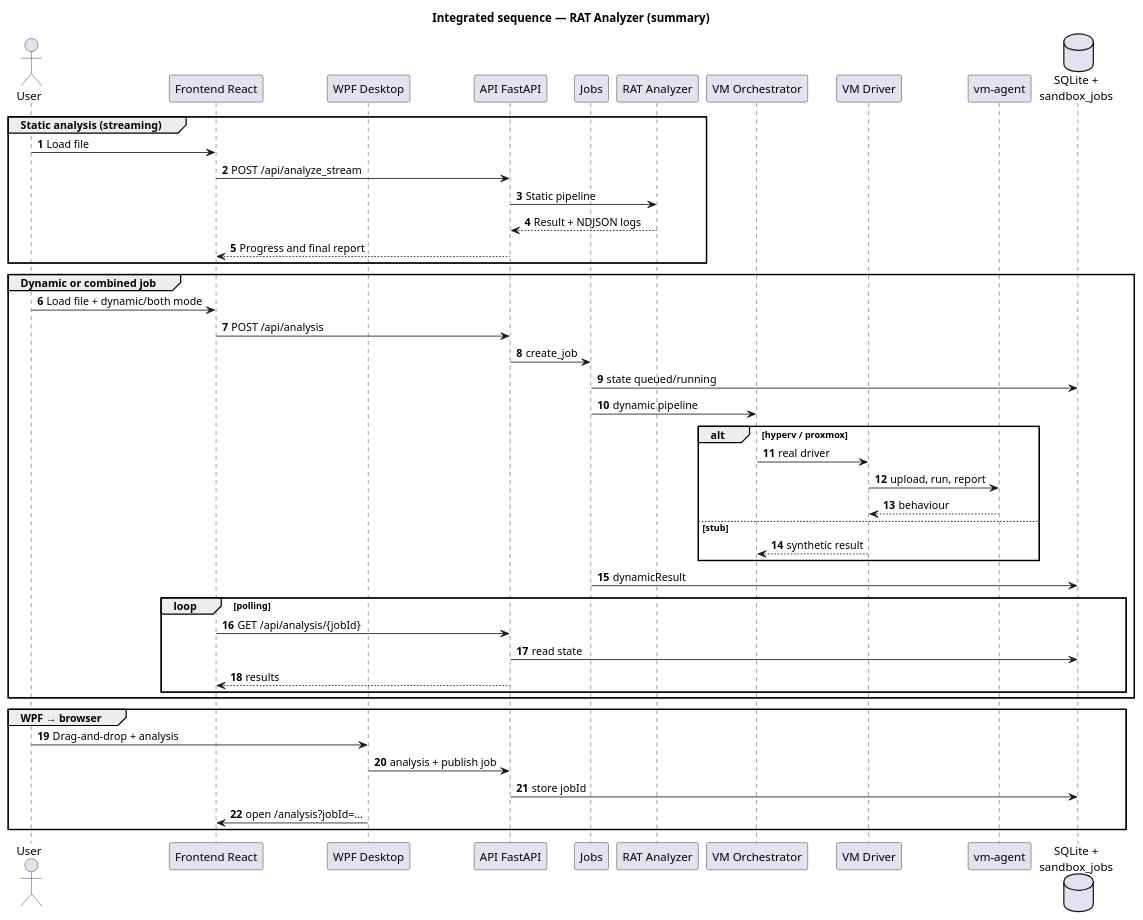
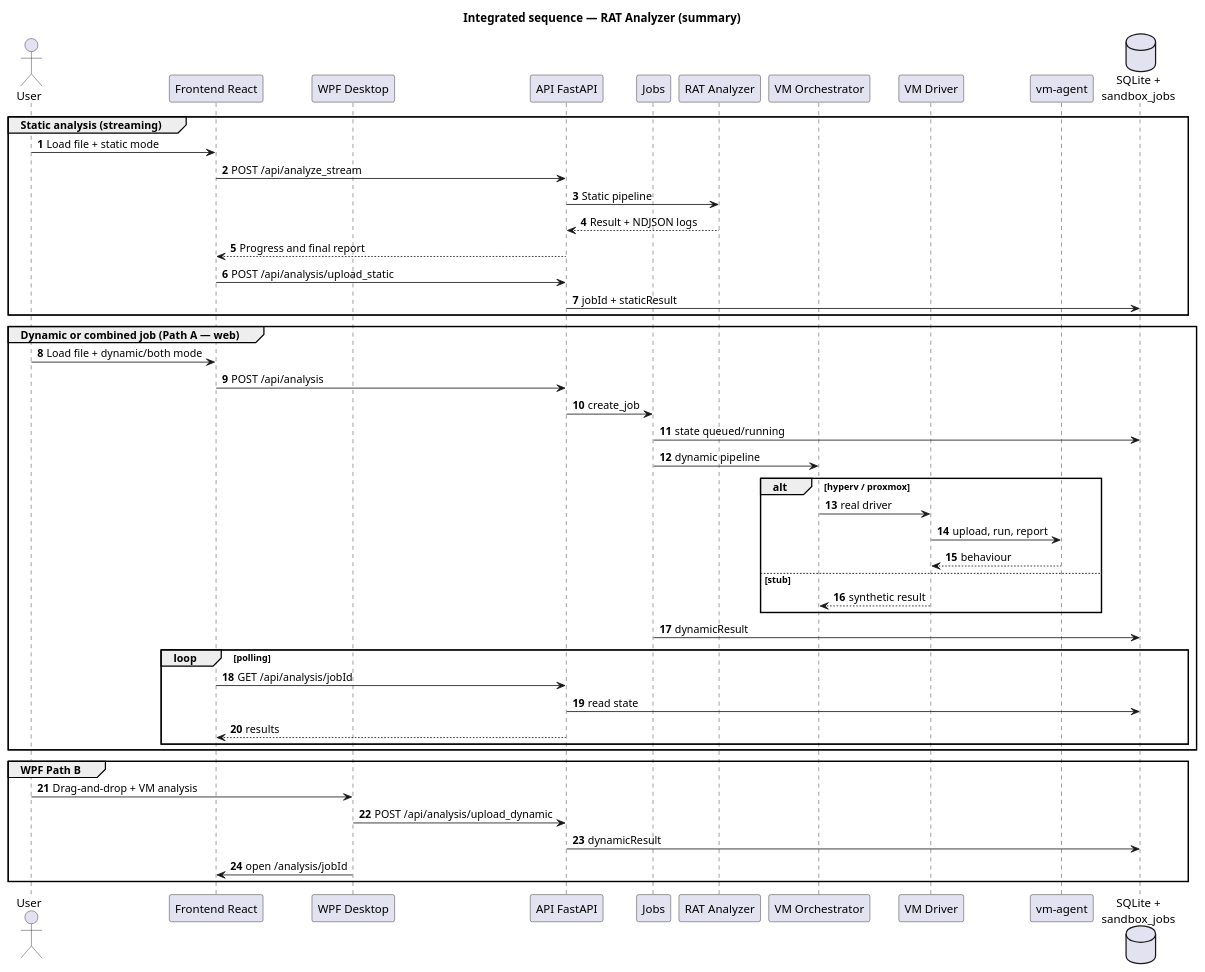
One commit to tlxp/PROJETO changed the diagram in docs/diagrams/analysis-sequence-overview.puml. Above: the diagram before and after it, drawn with PlantUML. The commit also changed 39 other files, not shown here.

```diff
--- a/docs/diagrams/analysis-sequence-overview.puml
+++ b/docs/diagrams/analysis-sequence-overview.puml
@@ -2,55 +2,56 @@
 @startuml
 title Integrated sequence — RAT Analyzer (summary)
 
 autonumber
 skinparam responseMessageBelowArrow true
 
 actor "User" as U
 participant "Frontend React" as FE
 participant "WPF Desktop" as WPF
 participant "API FastAPI" as API
 participant "Jobs" as JOBS
 participant "RAT Analyzer" as RAT
 participant "VM Orchestrator" as VMO
 participant "VM Driver" as DRV
 participant "vm-agent" as AGENT
 database "SQLite +\nsandbox_jobs" as DB
 
 group Static analysis (streaming)
-  U -> FE : Load file
+  U -> FE : Load file + static mode
   FE -> API : POST /api/analyze_stream
   API -> RAT : Static pipeline
   RAT --> API : Result + NDJSON logs
   API --> FE : Progress and final report
+  FE -> API : POST /api/analysis/upload_static
+  API -> DB : jobId + staticResult
 end
 
-group Dynamic or combined job
+group Dynamic or combined job (Path A — web)
   U -> FE : Load file + dynamic/both mode
   FE -> API : POST /api/analysis
   API -> JOBS : create_job
   JOBS -> DB : state queued/running
   JOBS -> VMO : dynamic pipeline
-  ' *Real or stub driver depending on configuration*
   alt hyperv / proxmox
     VMO -> DRV : real driver
     DRV -> AGENT : upload, run, report
     AGENT --> DRV : behaviour
   else stub
     DRV --> VMO : synthetic result
   end
   JOBS -> DB : dynamicResult
   loop polling
-    FE -> API : GET /api/analysis/{jobId}
+    FE -> API : GET /api/analysis/jobId
     API -> DB : read state
     API --> FE : results
   end
 end
 
-group WPF → browser
-  U -> WPF : Drag-and-drop + analysis
-  WPF -> API : analysis + publish job
-  API -> DB : store jobId
-  WPF -> FE : open /analysis?jobId=...
+group WPF Path B
+  U -> WPF : Drag-and-drop + VM analysis
+  WPF -> API : POST /api/analysis/upload_dynamic
+  API -> DB : dynamicResult
+  WPF -> FE : open /analysis/jobId
 end
 
 @enduml
```
